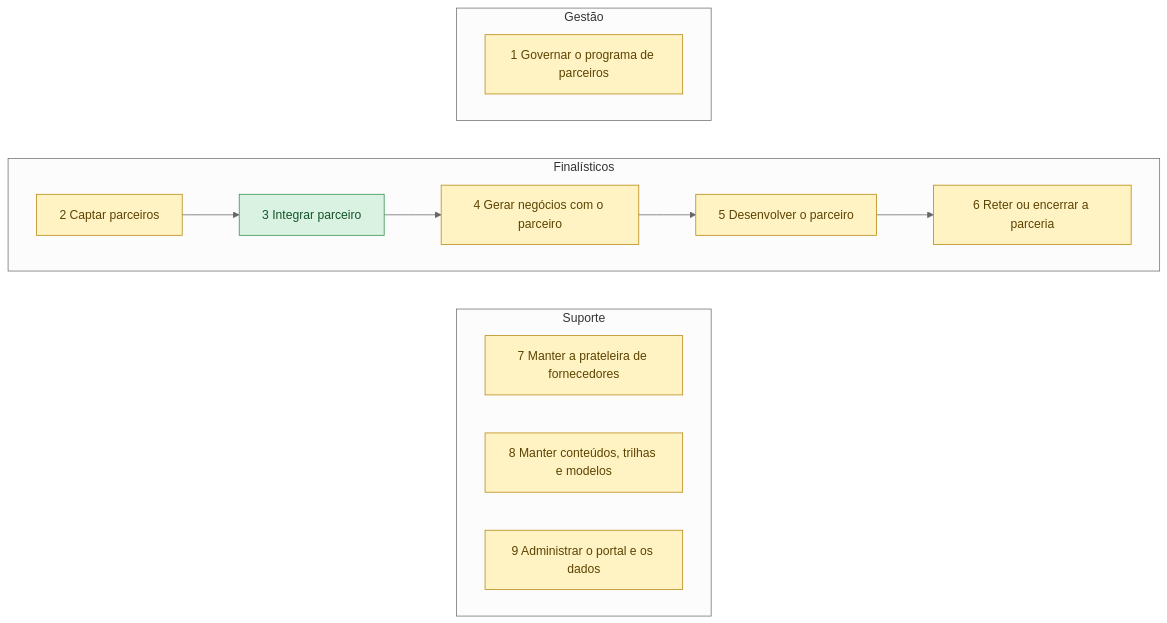
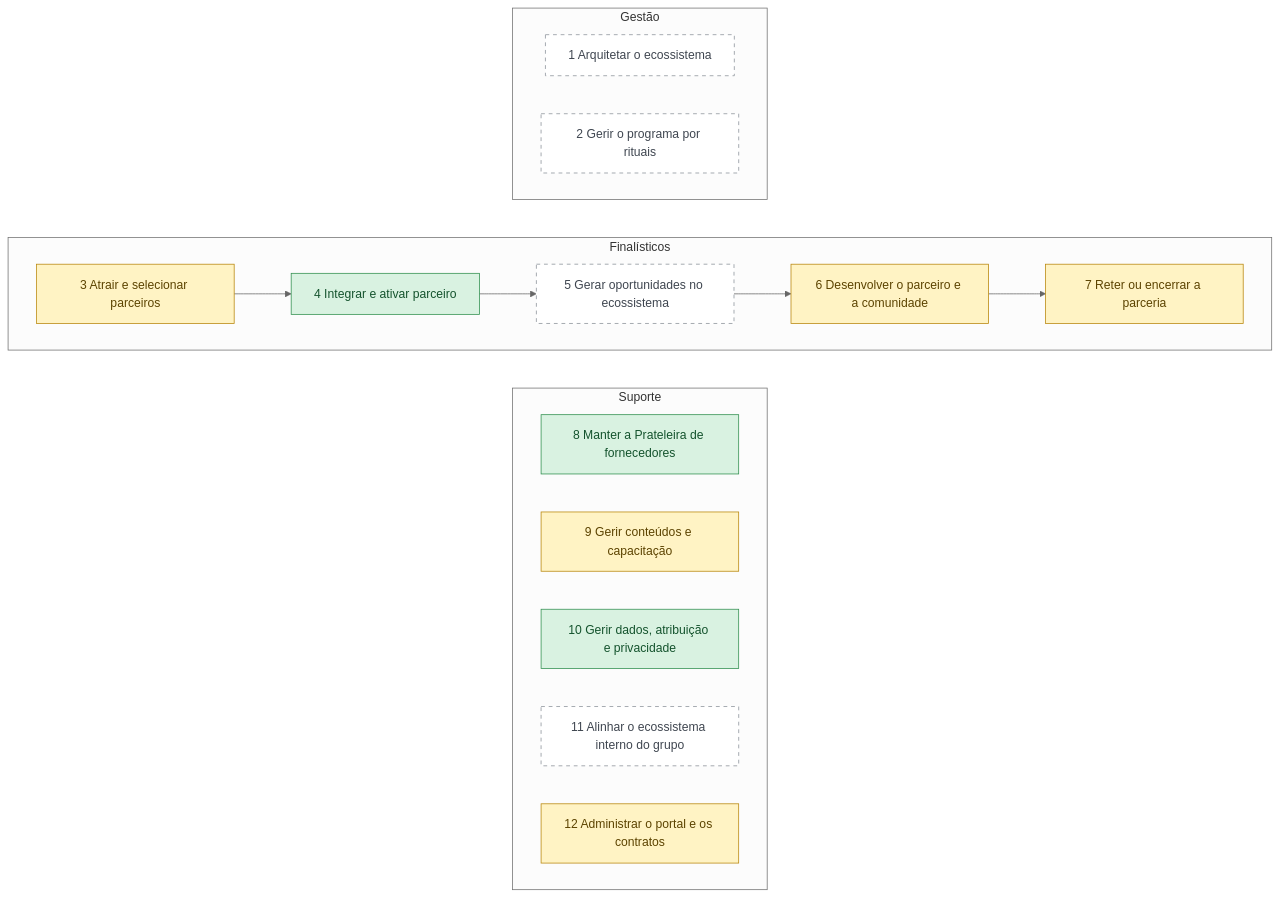
Before and after one commit to Guilherme-MFaccin/Wise-Partners: the diagram in mapeamentos/wise-partners-to-be/saidas/mermaid/cadeia-de-valor.mmd, drawn with Mermaid (neutral theme). The commit also changed 81 other files, not shown here.

```diff
--- a/mapeamentos/wise-partners-to-be/saidas/mermaid/cadeia-de-valor.mmd
+++ b/mapeamentos/wise-partners-to-be/saidas/mermaid/cadeia-de-valor.mmd
@@ -1,29 +1,32 @@
 flowchart TB
     classDef confirmado fill:#D9F2E1,stroke:#2F8F4E,color:#14532D
     classDef declarado fill:#FFF3C4,stroke:#B8860B,color:#5C4300
     classDef hipotese fill:#FFFFFF,stroke:#8A9099,color:#3F4650,stroke-dasharray: 5 5
     classDef contestado fill:#FDE2E1,stroke:#C53030,color:#7F1D1D
     subgraph cat_gestao ["Gestão"]
     direction LR
-      P_01["1 Governar o programa de parceiros"]:::declarado
+      P_01["1 Arquitetar o ecossistema"]:::hipotese
+      P_16["2 Gerir o programa por rituais"]:::hipotese
     end
     subgraph cat_finalistico ["Finalísticos"]
     direction LR
-      P_10["2 Captar parceiros"]:::declarado
-      P_17["3 Integrar parceiro"]:::confirmado
-      P_22["4 Gerar negócios com o parceiro"]:::declarado
-      P_29["5 Desenvolver o parceiro"]:::declarado
-      P_36["6 Reter ou encerrar a parceria"]:::declarado
-      P_10 --> P_17
-      P_17 --> P_22
-      P_22 --> P_29
-      P_29 --> P_36
+      P_29["3 Atrair e selecionar parceiros"]:::declarado
+      P_39["4 Integrar e ativar parceiro"]:::confirmado
+      P_51["5 Gerar oportunidades no ecossistema"]:::hipotese
+      P_60["6 Desenvolver o parceiro e a comunidade"]:::declarado
+      P_71["7 Reter ou encerrar a parceria"]:::declarado
+      P_29 --> P_39
+      P_39 --> P_51
+      P_51 --> P_60
+      P_60 --> P_71
     end
     subgraph cat_suporte ["Suporte"]
     direction LR
-      P_39["7 Manter a prateleira de fornecedores"]:::declarado
-      P_40["8 Manter conteúdos, trilhas e modelos"]:::declarado
-      P_41["9 Administrar o portal e os dados"]:::declarado
+      P_75["8 Manter a Prateleira de fornecedores"]:::confirmado
+      P_76["9 Gerir conteúdos e capacitação"]:::declarado
+      P_77["10 Gerir dados, atribuição e privacidade"]:::confirmado
+      P_78["11 Alinhar o ecossistema interno do grupo"]:::hipotese
+      P_79["12 Administrar o portal e os contratos"]:::declarado
     end
     cat_gestao ~~~ cat_finalistico
     cat_finalistico ~~~ cat_suporte
```
